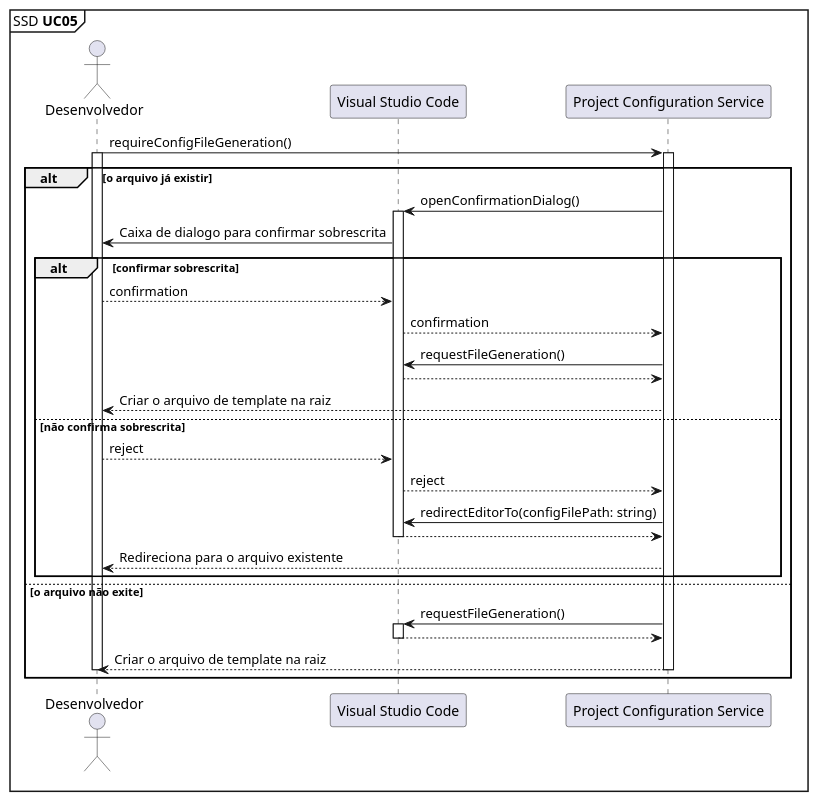
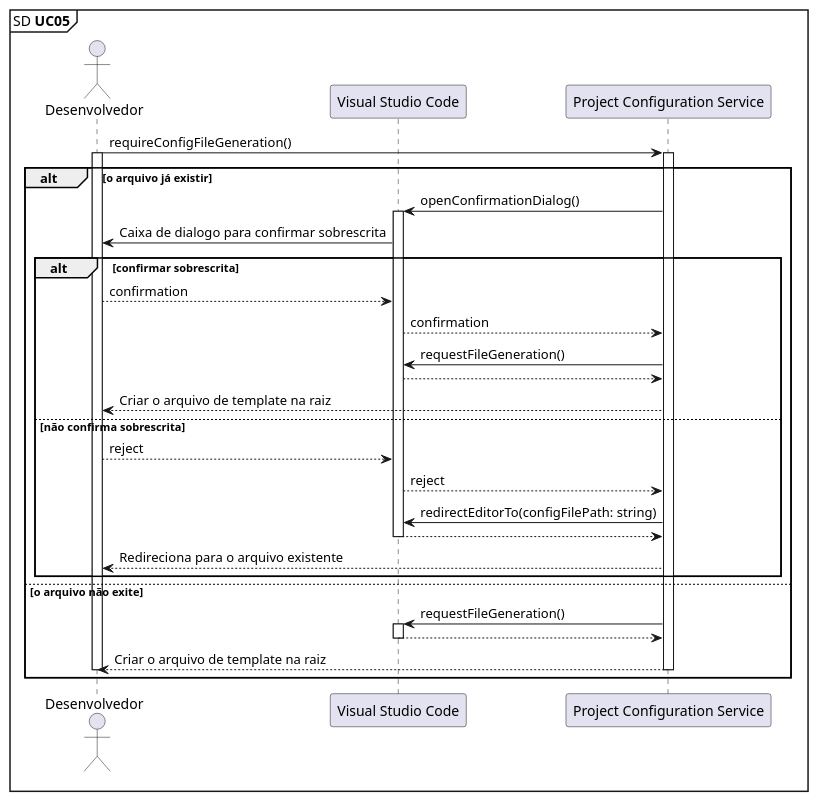
Before and after one commit to ICEI-PUC-Minas-PPLES-TI/plf-es-2022-1-tcci-5308100-dev-arthur-rocha-guilherme-oliveira: the diagram in Artefatos/Diagrama de Sequência/PlantUML/UC05.plantuml, drawn with PlantUML. The commit also changed 7 other files, not shown here.

```diff
--- a/Artefatos/Diagrama de Sequência/PlantUML/UC05.plantuml
+++ b/Artefatos/Diagrama de Sequência/PlantUML/UC05.plantuml
@@ -1,58 +1,58 @@
 @startuml
 
-mainframe SSD **UC05** 
+mainframe SD **UC05** 
 
 'UC05: Como desenvolvedor, desejo solicitar a geração do arquivo de configuração.
 
 actor       Desenvolvedor as Dev
 participant "Visual Studio Code" as VSCode
 participant "Project Configuration Service" as ProjectConfigurationService
 
 Dev -> ProjectConfigurationService: requireConfigFileGeneration()
 activate Dev
 activate ProjectConfigurationService
 
 alt o arquivo já existir
 
   ProjectConfigurationService -> VSCode: openConfirmationDialog()
   activate VSCode
 
   Dev <- VSCode: Caixa de dialogo para confirmar sobrescrita
   
   alt confirmar sobrescrita
 
     Dev --> VSCode: confirmation
     ProjectConfigurationService <-- VSCode: confirmation
 
     ProjectConfigurationService -> VSCode: requestFileGeneration()
     ProjectConfigurationService <-- VSCode
     
     Dev <-- ProjectConfigurationService: Criar o arquivo de template na raiz 
 
   else não confirma sobrescrita
 
     Dev --> VSCode: reject
     ProjectConfigurationService <-- VSCode: reject
     
     ProjectConfigurationService -> VSCode: redirectEditorTo(configFilePath: string)
     ProjectConfigurationService <-- VSCode
     deactivate VSCode
 
     Dev <-- ProjectConfigurationService: Redireciona para o arquivo existente
   
   end
 
 else o arquivo não exite
 
   ProjectConfigurationService -> VSCode: requestFileGeneration()
   activate VSCode
   ProjectConfigurationService <-- VSCode
   deactivate VSCode
   
   Dev <-- ProjectConfigurationService: Criar o arquivo de template na raiz 
   deactivate Dev
   deactivate ProjectConfigurationService
   
 end
 
 @enduml
```
